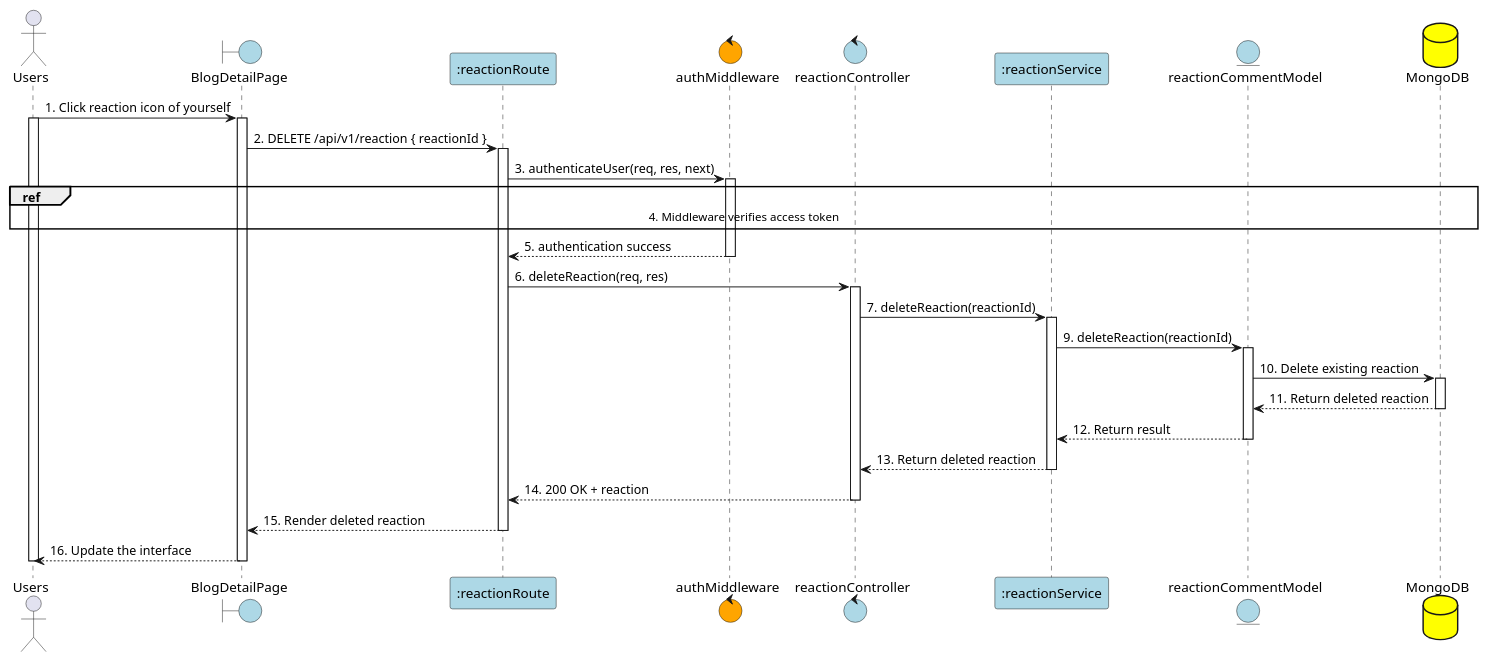
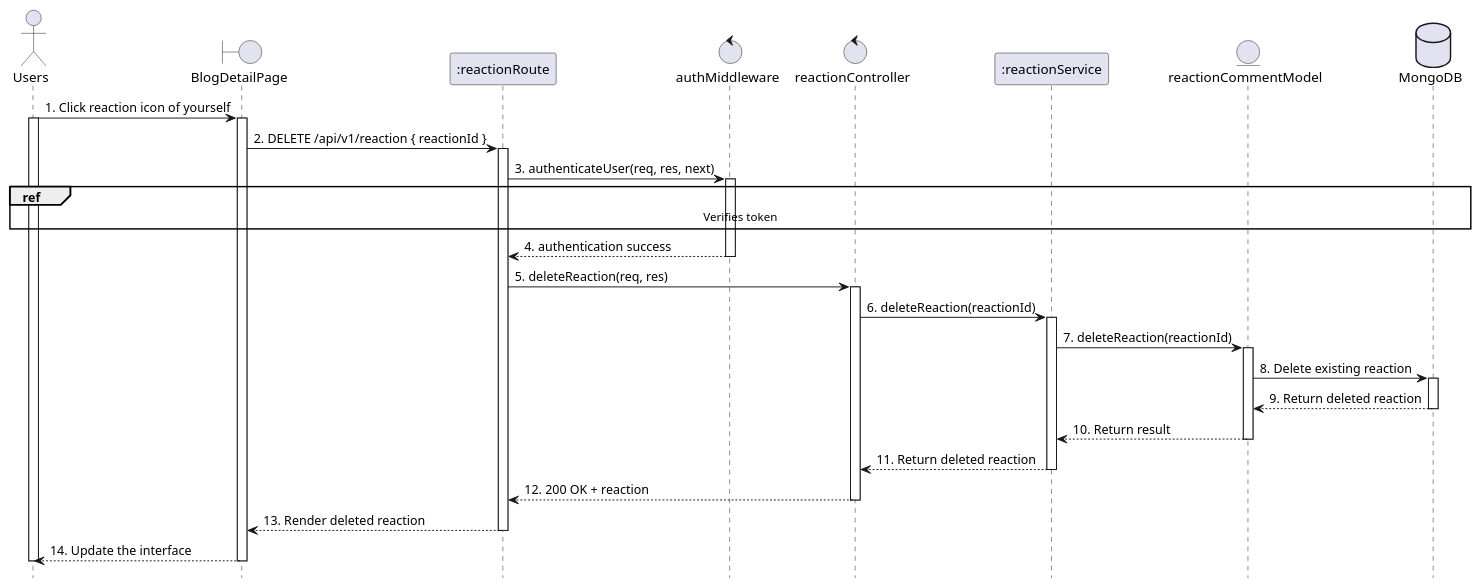
One commit to VietDurian/VietDurian changed the diagram in planuml/web/20.4_deleteReaction.puml. Above: the diagram before and after it, drawn with PlantUML. The commit also changed 22 other files, not shown here.

Commit message:
update sequence + be: fix type-product-pagination

```diff
--- a/planuml/web/20.4_deleteReaction.puml
+++ b/planuml/web/20.4_deleteReaction.puml
@@ -1,57 +1,58 @@
 @startuml Delete
 
 actor User as "Users"
-boundary "BlogDetailPage" as View #lightblue
-participant ":reactionRoute" as Route #lightblue
-control "authMiddleware" as Auth #Orange
-control "reactionController" as Controller #lightblue
-participant ":reactionService" as Service #lightblue
-entity "reactionCommentModel" as Model #lightblue
-database "MongoDB" as MongoDB #yellow
+boundary "BlogDetailPage" as View 
+participant ":reactionRoute" as Route
+control "authMiddleware" as Auth 
+control "reactionController" as Controller 
+participant ":reactionService" as Service 
+entity "reactionCommentModel" as Model 
+database "MongoDB" as MongoDB 
+hide footbox
 
     User -> View: 1. Click reaction icon of yourself
     activate User
     activate View
 
 
     View -> Route: 2. DELETE /api/v1/reaction { reactionId }
     activate Route
     Route -> Auth: 3. authenticateUser(req, res, next)
     activate Auth
-    ref over User, View, Route, Auth, Controller, Service, Model, MongoDB : 4. Middleware verifies access token
+    ref over User, MongoDB : Verifies token
 
-    Auth --> Route: 5. authentication success
+    Auth --> Route: 4. authentication success
     deactivate Auth
 
-    Route -> Controller: 6. deleteReaction(req, res)
+    Route -> Controller: 5. deleteReaction(req, res)
     activate Controller
 
-    Controller -> Service: 7. deleteReaction(reactionId)
+    Controller -> Service: 6. deleteReaction(reactionId)
     activate Service
 
-    Service -> Model: 9. deleteReaction(reactionId)
+    Service -> Model: 7. deleteReaction(reactionId)
     activate Model
 
-    Model -> MongoDB: 10. Delete existing reaction
+    Model -> MongoDB: 8. Delete existing reaction
     activate MongoDB
-    MongoDB --> Model: 11. Return deleted reaction
+    MongoDB --> Model: 9. Return deleted reaction
     deactivate MongoDB
 
-    Model --> Service: 12. Return result
+    Model --> Service: 10. Return result
     deactivate Model
 
-    Service --> Controller: 13. Return deleted reaction
+    Service --> Controller: 11. Return deleted reaction
     deactivate Service
 
-    Controller --> Route: 14. 200 OK + reaction
+    Controller --> Route: 12. 200 OK + reaction
     deactivate Controller
 
-    Route --> View: 15. Render deleted reaction
+    Route --> View: 13. Render deleted reaction
     deactivate Route
 
-    View --> User: 16. Update the interface
+    View --> User: 14. Update the interface
     deactivate View
     deactivate User
 
 
 @enduml
```
